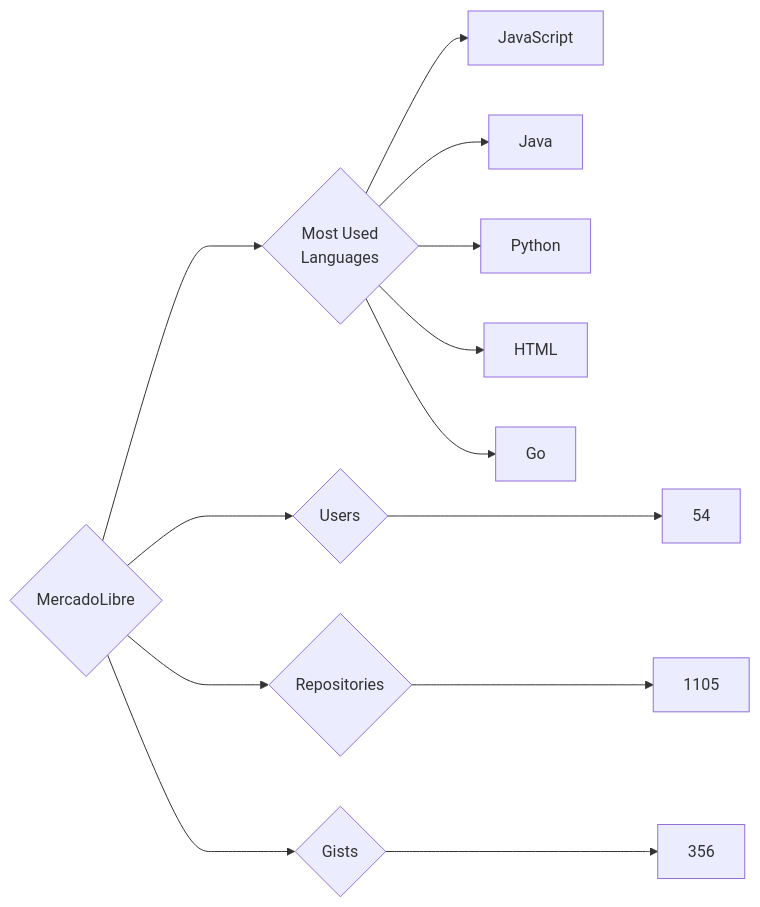
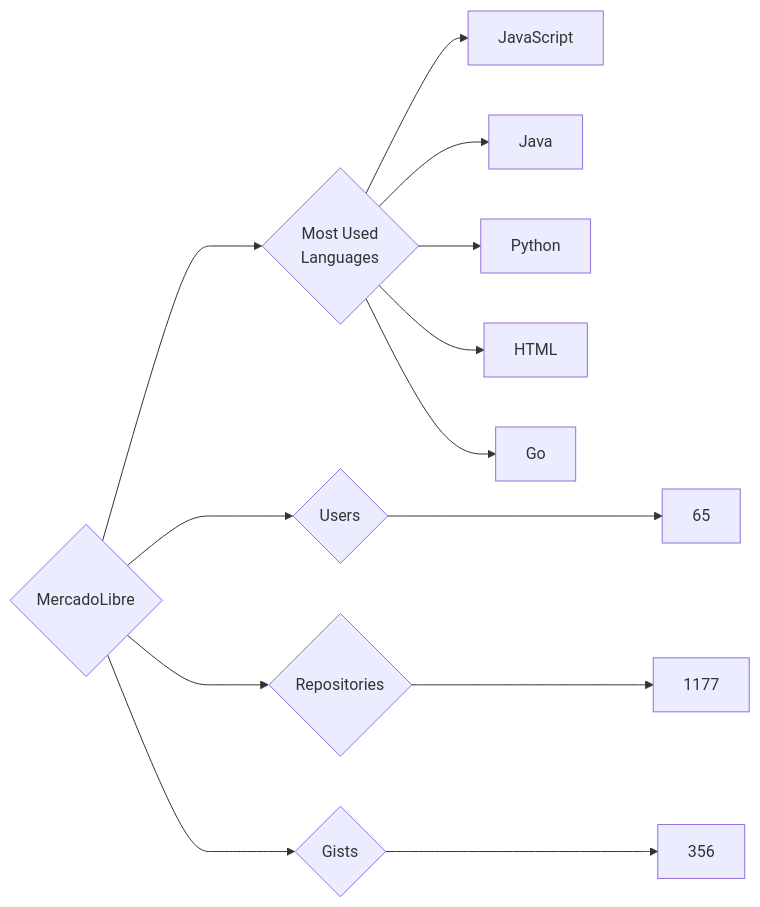
One commit to trickest/insiders changed the diagram in targets/MercadoLibre/README.md. Above: the diagram before and after it, drawn with Mermaid. The commit also changed 799 other files, not shown here.

````diff
--- a/targets/MercadoLibre/README.md
+++ b/targets/MercadoLibre/README.md
@@ -3,13 +3,13 @@
 ```mermaid
 graph LR
 COMPANY_NAME{MercadoLibre}
-COMPANY_NAME ---> U{Users} ---> UN[54]
-COMPANY_NAME ---> R{Repositories} ---> RN[1105]
+COMPANY_NAME ---> U{Users} ---> UN[65]
+COMPANY_NAME ---> R{Repositories} ---> RN[1177]
 COMPANY_NAME ---> G{Gists} ---> GN[356]
 COMPANY_NAME ---> ML{Most Used<br>Languages}
 ML --> JavaScript[JavaScript]
 ML --> Java[Java]
 ML --> Python[Python]
 ML --> HTML[HTML]
 ML --> Go[Go]
 ```
````
